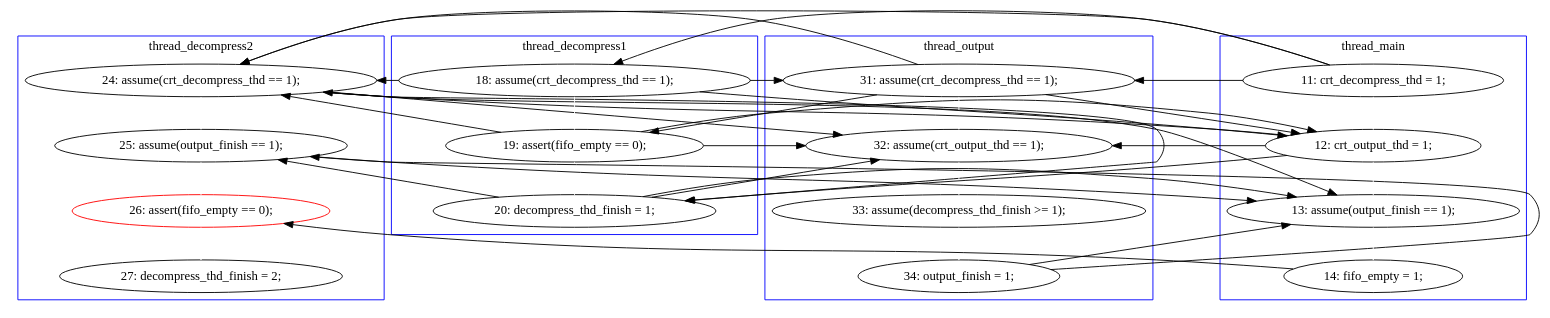
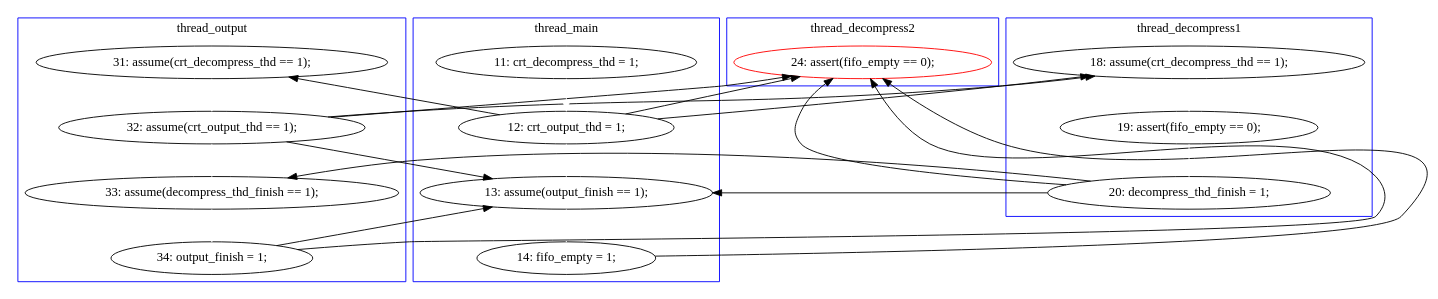
The diagram in pbzip2.mixed/B-1-graph-begin.dot (hylhp/cav14-model), drawn with Graphviz before and after one commit. The commit also changed 22 other files, not shown here.

```diff
--- a/pbzip2.mixed/B-1-graph-begin.dot
+++ b/pbzip2.mixed/B-1-graph-begin.dot
@@ -1,69 +1,50 @@
 digraph Counterexample {
-	15 -> 17 [color = black, style = solid, constraint = false]
+	12 -> 14 [color = white, style = solid]
+	10 -> 12 [color = black, style = solid, constraint = false]
+	17 -> 23 [color = black, style = solid, constraint = false]
+	14 -> 23 [color = black, style = solid, constraint = false]
+	10 -> 32 [color = black, style = solid, constraint = false]
 	14 -> 15 [color = black, style = solid, constraint = false]
+	20 -> 23 [color = black, style = solid, constraint = false]
+	25 -> 32 [color = black, style = solid, constraint = false]
+	17 -> 32 [color = black, style = solid, constraint = false]
 	19 -> 20 [color = white, style = solid]
-	21 -> 27 [color = black, style = solid, constraint = false]
-	16 -> 17 [color = black, style = solid, constraint = false]
-	15 -> 18 [color = white, style = solid]
-	17 -> 18 [color = black, style = solid, constraint = false]
-	17 -> 22 [color = white, style = solid]
-	18 -> 22 [color = black, style = solid, constraint = false]
+	16 -> 17 [color = white, style = solid]
+	14 -> 32 [color = black, style = solid, constraint = false]
+	20 -> 32 [color = black, style = solid, constraint = false]
+	15 -> 16 [color = white, style = solid]
+	23 -> 25 [color = white, style = solid]
 	17 -> 19 [color = black, style = solid, constraint = false]
-	12 -> 15 [color = white, style = solid]
-	30 -> 31 [color = black, style = solid, constraint = false]
-	15 -> 16 [color = black, style = solid, constraint = false]
-	16 -> 19 [color = black, style = solid, constraint = false]
-	14 -> 16 [color = black, style = solid, constraint = false]
-	7 -> 17 [color = black, style = solid, constraint = false]
-	16 -> 18 [color = black, style = solid, constraint = false]
-	7 -> 12 [color = black, style = solid, constraint = false]
-	14 -> 17 [color = black, style = solid, constraint = false]
-	20 -> 21 [color = white, style = solid]
-	15 -> 19 [color = black, style = solid, constraint = false]
-	12 -> 17 [color = black, style = solid, constraint = false]
-	7 -> 16 [color = white, style = solid]
-	7 -> 14 [color = black, style = solid, constraint = false]
-	12 -> 16 [color = black, style = solid, constraint = false]
-	31 -> 34 [color = white, style = solid]
-	22 -> 31 [color = white, style = solid]
-	12 -> 14 [color = black, style = solid, constraint = false]
-	27 -> 30 [color = white, style = solid]
-	18 -> 19 [color = black, style = solid, constraint = false]
-	17 -> 27 [color = black, style = solid, constraint = false]
+	10 -> 23 [color = white, style = solid]
+	9 -> 10 [color = white, style = solid]
+	10 -> 15 [color = black, style = solid, constraint = false]
 	14 -> 19 [color = white, style = solid]
-	18 -> 27 [color = black, style = solid, constraint = false]
-	16 -> 27 [color = white, style = solid]
-	21 -> 22 [color = black, style = solid, constraint = false]
-	22 -> 27 [color = black, style = solid, constraint = false]
+	subgraph cluster1 {
+		label = thread_main
+		color = blue
+		23  [label = "13: assume(output_finish == 1);"]
+		9  [label = "11: crt_decompress_thd = 1;"]
+		10  [label = "12: crt_output_thd = 1;"]
+		25  [label = "14: fifo_empty = 1;"]
+	}
 	subgraph cluster3 {
 		label = thread_decompress2
 		color = blue
-		34  [label = "27: decompress_thd_finish = 2;"]
-		17  [label = "24: assume(crt_decompress_thd == 1);"]
-		31  [label = "26: assert(fifo_empty == 0);", color = red]
-		22  [label = "25: assume(output_finish == 1);"]
-	}
-	subgraph cluster1 {
-		label = thread_main
-		color = blue
-		27  [label = "13: assume(output_finish == 1);"]
-		30  [label = "14: fifo_empty = 1;"]
-		7  [label = "11: crt_decompress_thd = 1;"]
-		16  [label = "12: crt_output_thd = 1;"]
+		32  [label = "24: assert(fifo_empty == 0);", color = red]
 	}
 	subgraph cluster2 {
 		label = thread_decompress1
 		color = blue
-		18  [label = "20: decompress_thd_finish = 1;"]
-		12  [label = "18: assume(crt_decompress_thd == 1);"]
-		15  [label = "19: assert(fifo_empty == 0);"]
+		15  [label = "18: assume(crt_decompress_thd == 1);"]
+		16  [label = "19: assert(fifo_empty == 0);"]
+		17  [label = "20: decompress_thd_finish = 1;"]
 	}
 	subgraph cluster4 {
 		label = thread_output
 		color = blue
-		19  [label = "32: assume(crt_output_thd == 1);"]
-		14  [label = "31: assume(crt_decompress_thd == 1);"]
-		20  [label = "33: assume(decompress_thd_finish >= 1);"]
-		21  [label = "34: output_finish = 1;"]
+		14  [label = "32: assume(crt_output_thd == 1);"]
+		19  [label = "33: assume(decompress_thd_finish == 1);"]
+		20  [label = "34: output_finish = 1;"]
+		12  [label = "31: assume(crt_decompress_thd == 1);"]
 	}
 }
```
